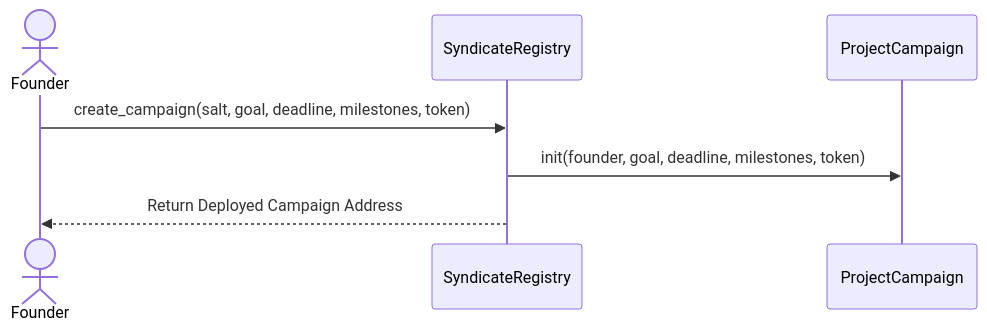
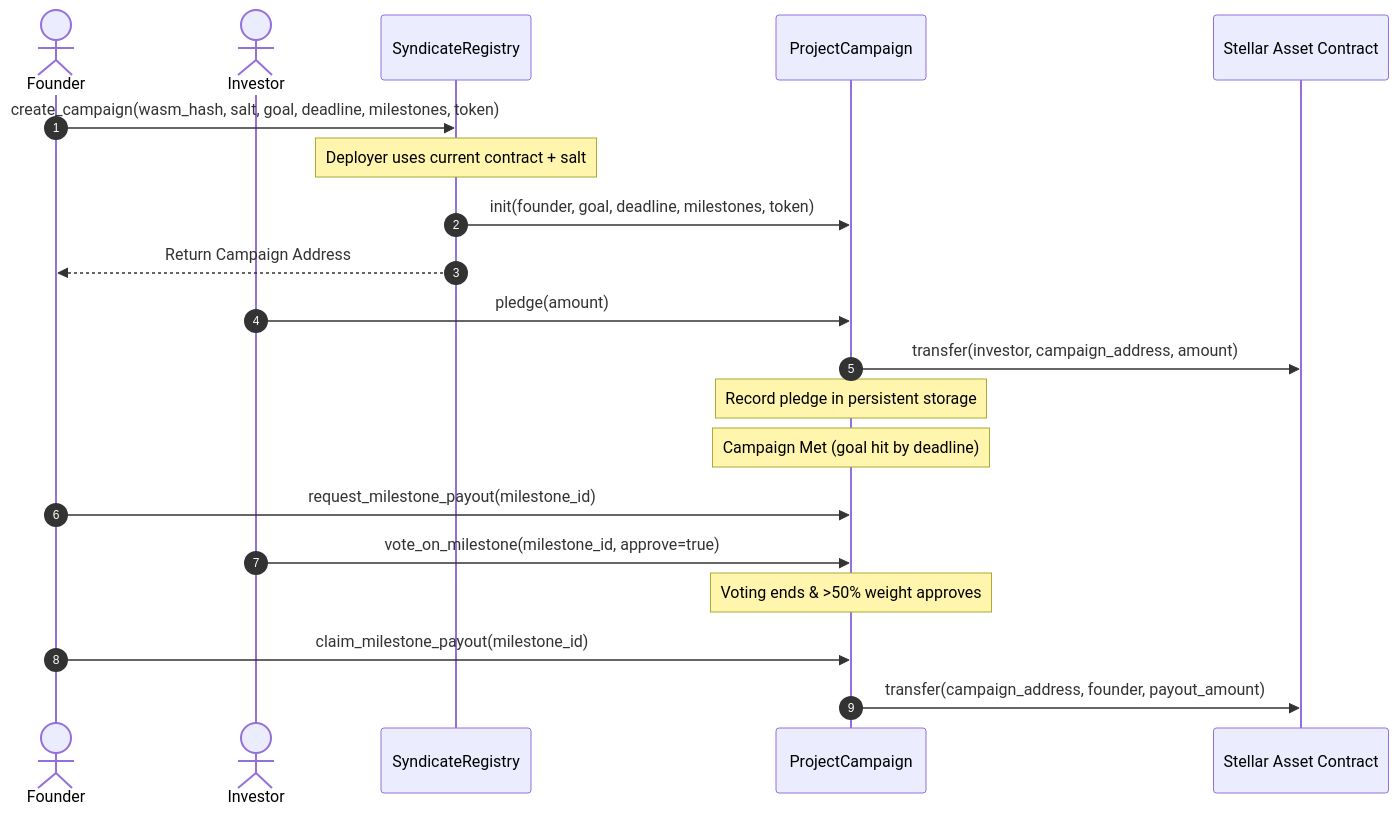
Before and after one commit to mrdd-coder/Seed-Chain: the second of 2 diagrams in README.md, drawn with Mermaid. The commit also changed other lines of this file and 2 other files, not shown here.

Commit message:
docs: restore technical architecture, copy config logs, and resolve transaction screenshot image visibility with relative paths

````diff
--- a/README.md
+++ b/README.md
@@ -87,9 +152,25 @@
 ```mermaid
 sequenceDiagram
+    autonumber
     actor Founder
+    actor Investor
     participant Registry as SyndicateRegistry
     participant Campaign as ProjectCampaign
-    Founder->>Registry: create_campaign(salt, goal, deadline, milestones, token)
+    participant SAC as Stellar Asset Contract
+ 
+    Founder->>Registry: create_campaign(wasm_hash, salt, goal, deadline, milestones, token)
+    Note over Registry: Deployer uses current contract + salt
     Registry->>Campaign: init(founder, goal, deadline, milestones, token)
-    Registry-->>Founder: Return Deployed Campaign Address
+    Registry-->>Founder: Return Campaign Address
+ 
+    Investor->>Campaign: pledge(amount)
+    Campaign->>SAC: transfer(investor, campaign_address, amount)
+    Note over Campaign: Record pledge in persistent storage
+ 
+    Note over Campaign: Campaign Met (goal hit by deadline)
+    Founder->>Campaign: request_milestone_payout(milestone_id)
+    Investor->>Campaign: vote_on_milestone(milestone_id, approve=true)
+    Note over Campaign: Voting ends & >50% weight approves
+    Founder->>Campaign: claim_milestone_payout(milestone_id)
+    Campaign->>SAC: transfer(campaign_address, founder, payout_amount)
 ```
````
